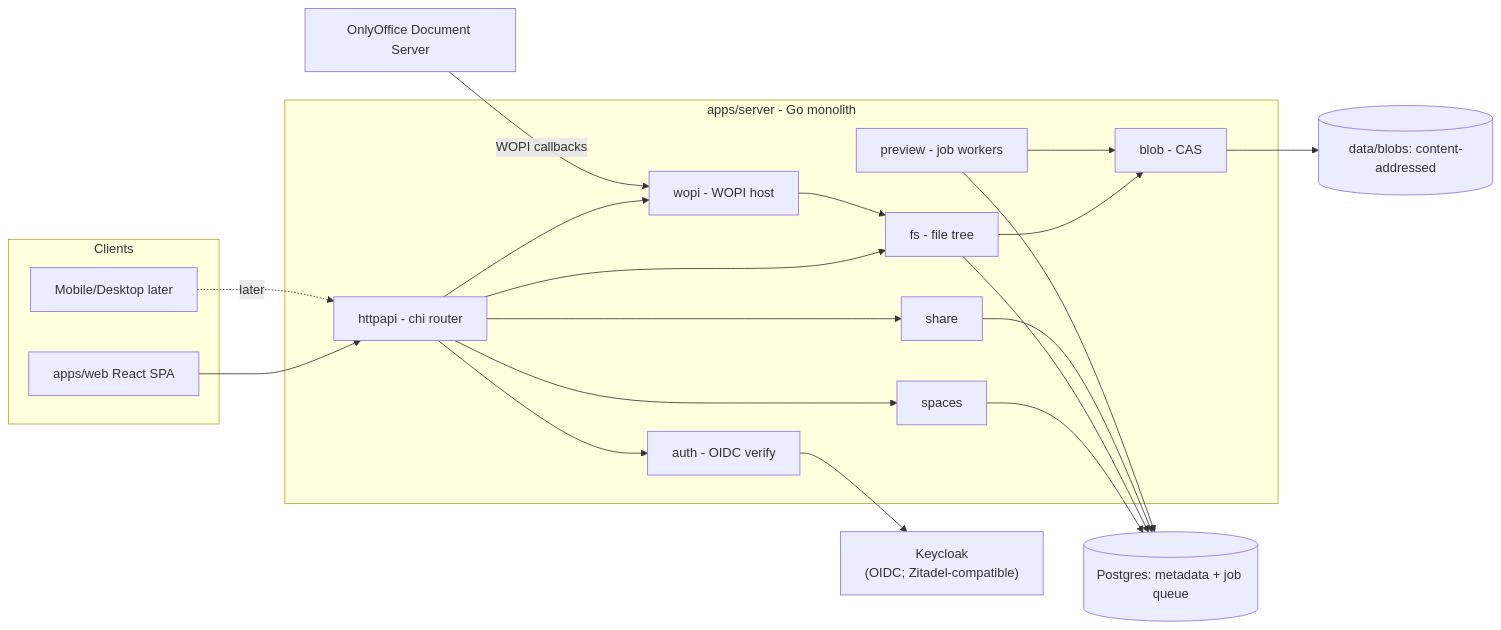
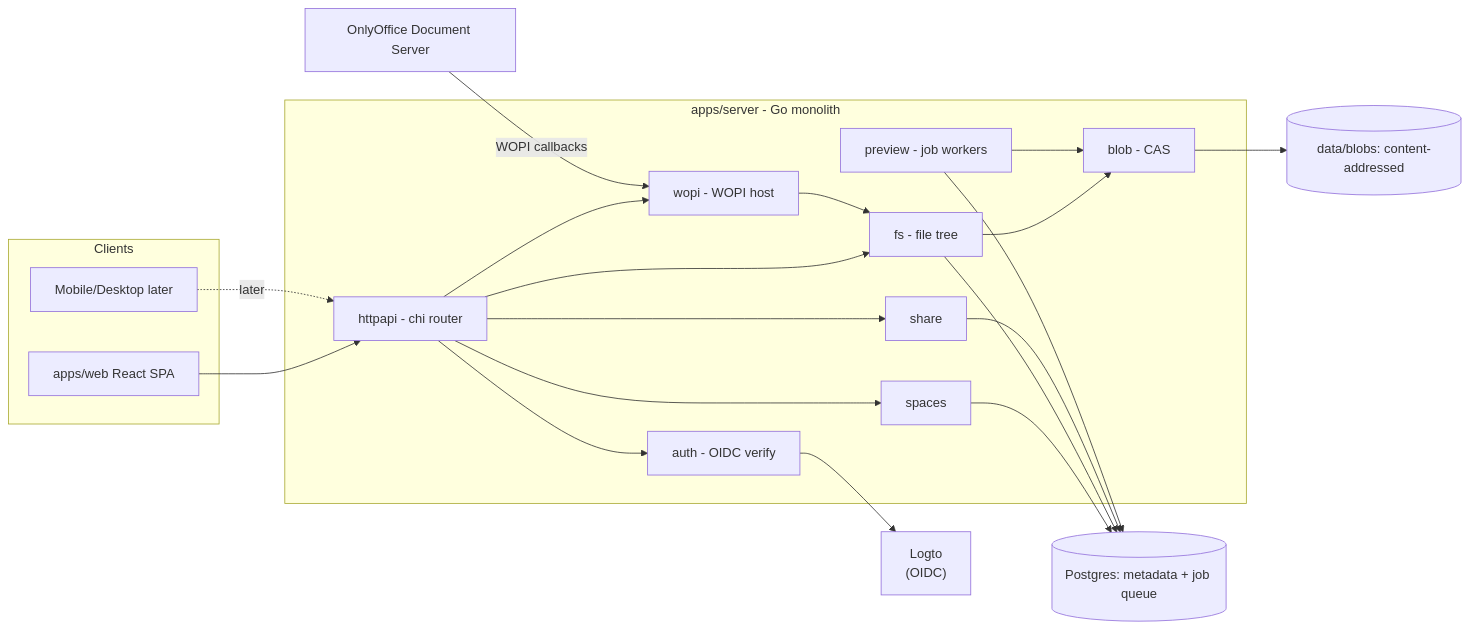
The diagram in docs/architecture/system-design.md (pp-techs/pp-hub), drawn with Mermaid before and after one commit. The commit also changed other lines of this file and 17 other files, not shown here.

Commit message:
feat: Migrate from Zitadel to Logto IdP and restructure deployment to deploy/c

````diff
--- a/docs/architecture/system-design.md
+++ b/docs/architecture/system-design.md
@@ -20,36 +20,36 @@
 ```mermaid
 flowchart LR
     subgraph Clients
         Web[apps/web React SPA]
         Future[Mobile/Desktop later]
     end
 
     subgraph Server[apps/server - Go monolith]
         API[httpapi - chi router]
         AUTH[auth - OIDC verify]
         SP[spaces]
         FS[fs - file tree]
         BLOB[blob - CAS]
         SH[share]
         WOPI[wopi - WOPI host]
         PREV[preview - job workers]
     end
 
     PG[(Postgres: metadata + job queue)]
     DISK[(data/blobs: content-addressed)]
     OO[OnlyOffice Document Server]
-    IDP["Keycloak\n(OIDC; Zitadel-compatible)"]
+    IDP["Logto\n(OIDC)"]
 
     Web --> API
     Future -. later .-> API
     API --> AUTH
     API --> SP & FS & SH & WOPI
     FS --> BLOB
     AUTH --> IDP
     SP & FS & SH --> PG
     BLOB --> DISK
     OO -->|WOPI callbacks| WOPI
     WOPI --> FS
     PREV --> PG
     PREV --> BLOB
 ```
````
